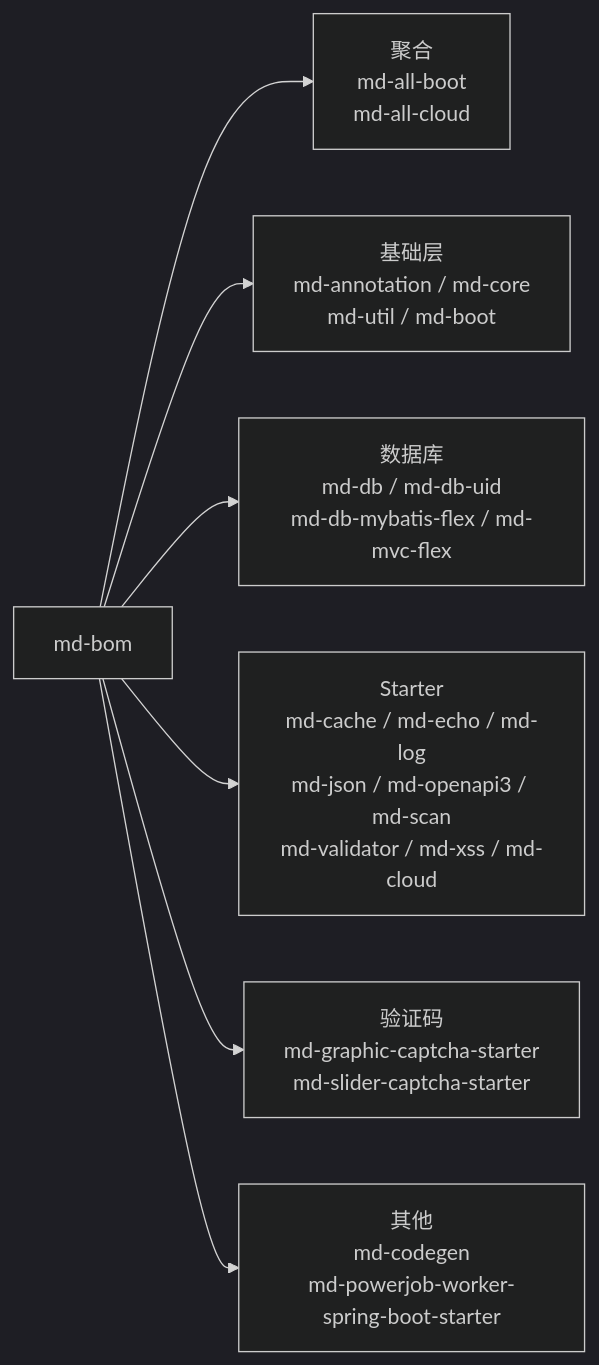
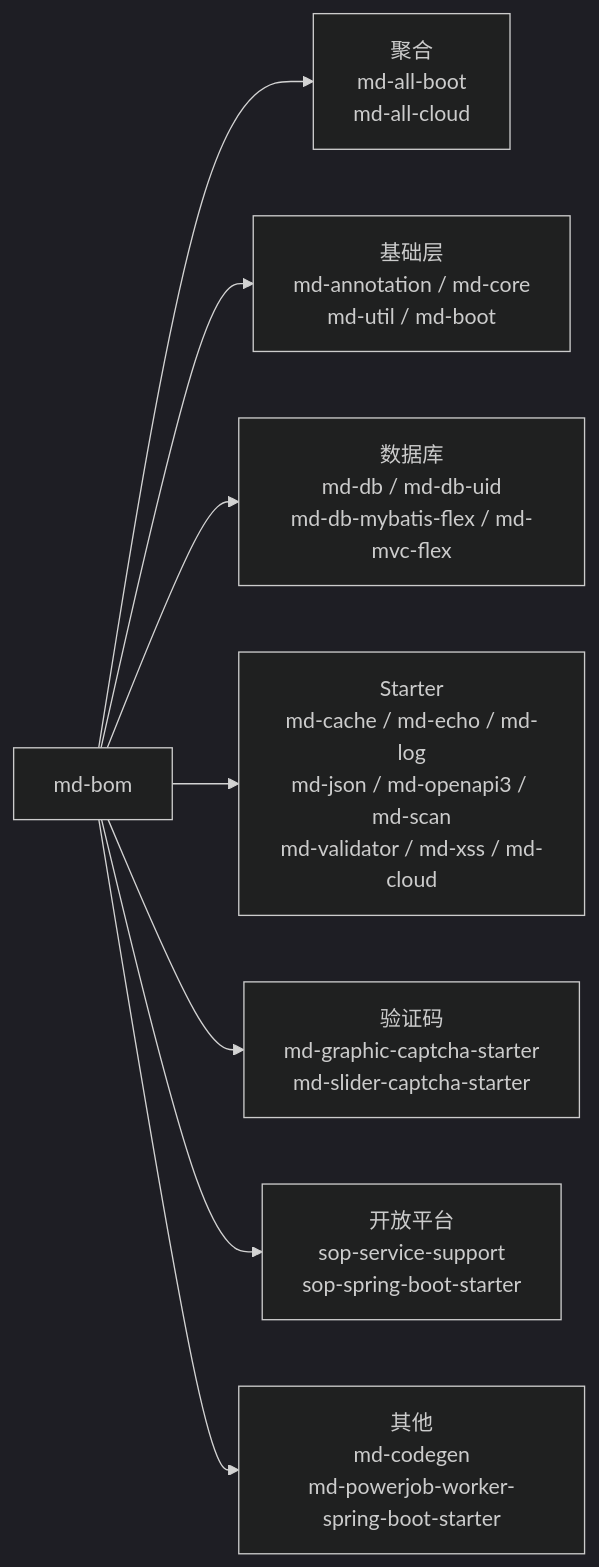
Before and after one commit to henhen6/mdp-docs: the diagram in src/doc/source/mdp-base/md-bom.md, drawn with Mermaid (dark theme). The commit also changed other lines of this file and 29 other files, not shown here.

````diff
--- a/src/doc/source/mdp-base/md-bom.md
+++ b/src/doc/source/mdp-base/md-bom.md
@@ -30,9 +30,10 @@
 ```mermaid
 flowchart LR
     BOM["md-bom"] --> ALL["聚合<br/>md-all-boot<br/>md-all-cloud"]
     BOM --> BASIC["基础层<br/>md-annotation / md-core<br/>md-util / md-boot"]
     BOM --> DB["数据库<br/>md-db / md-db-uid<br/>md-db-mybatis-flex / md-mvc-flex"]
     BOM --> STARTER["Starter<br/>md-cache / md-echo / md-log<br/>md-json / md-openapi3 / md-scan<br/>md-validator / md-xss / md-cloud"]
     BOM --> CAPTCHA["验证码<br/>md-graphic-captcha-starter<br/>md-slider-captcha-starter"]
+    BOM --> SOP["开放平台<br/>sop-service-support<br/>sop-spring-boot-starter"]
     BOM --> OTHER["其他<br/>md-codegen<br/>md-powerjob-worker-spring-boot-starter"]
 ```
````
